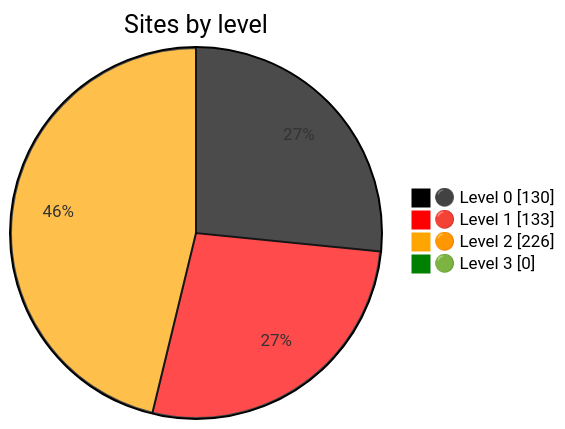
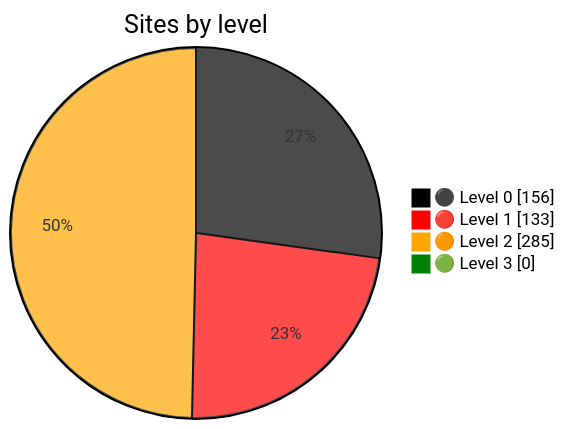
The diagram in README.md (Dushmilan/gov_lk_web_auditor), drawn with Mermaid before and after one commit. The commit also changed other lines of this file and 2888 other files, not shown here.

````diff
--- a/README.md
+++ b/README.md
@@ -24,9 +24,9 @@
 ```mermaid
 %%{init: {"themeVariables":{"pie1":"black","pie2":"red","pie3":"orange","pie4":"green"}}}%%
 pie showData
     title Sites by level
-    "⚫ Level 0" : 130
+    "⚫ Level 0" : 156
     "🔴 Level 1" : 133
-    "🟠 Level 2" : 226
+    "🟠 Level 2" : 285
     "🟢 Level 3" : 0
 ```
````
